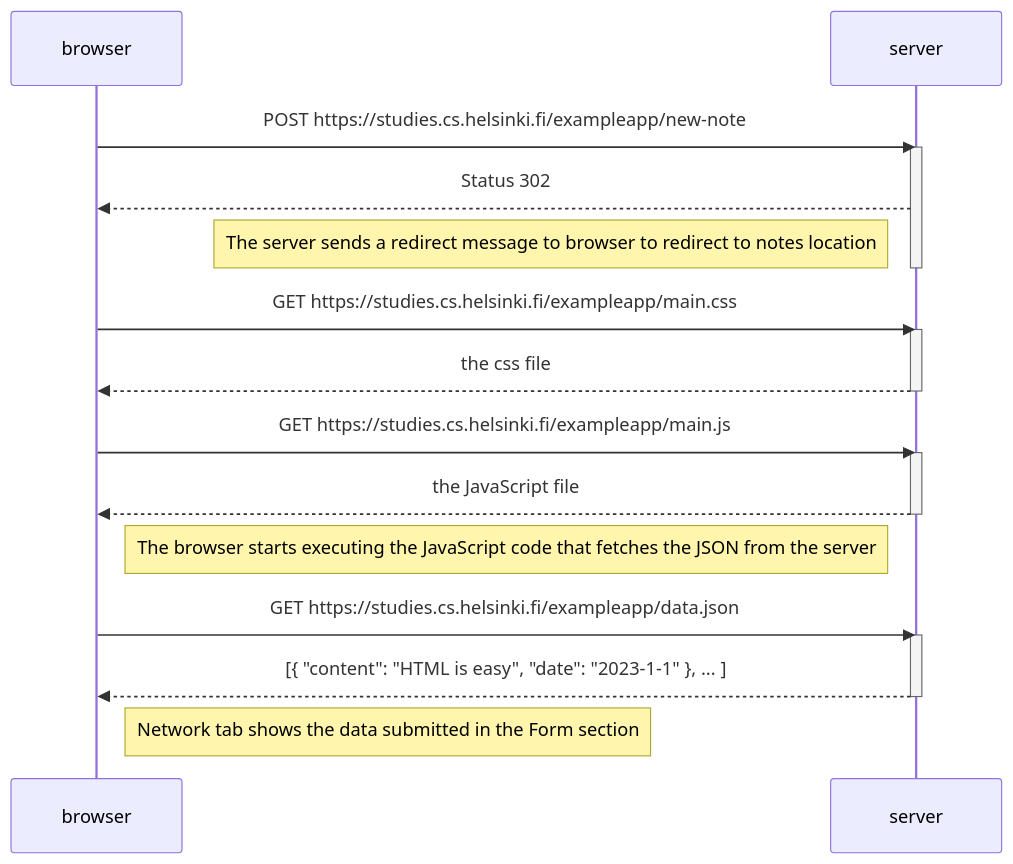
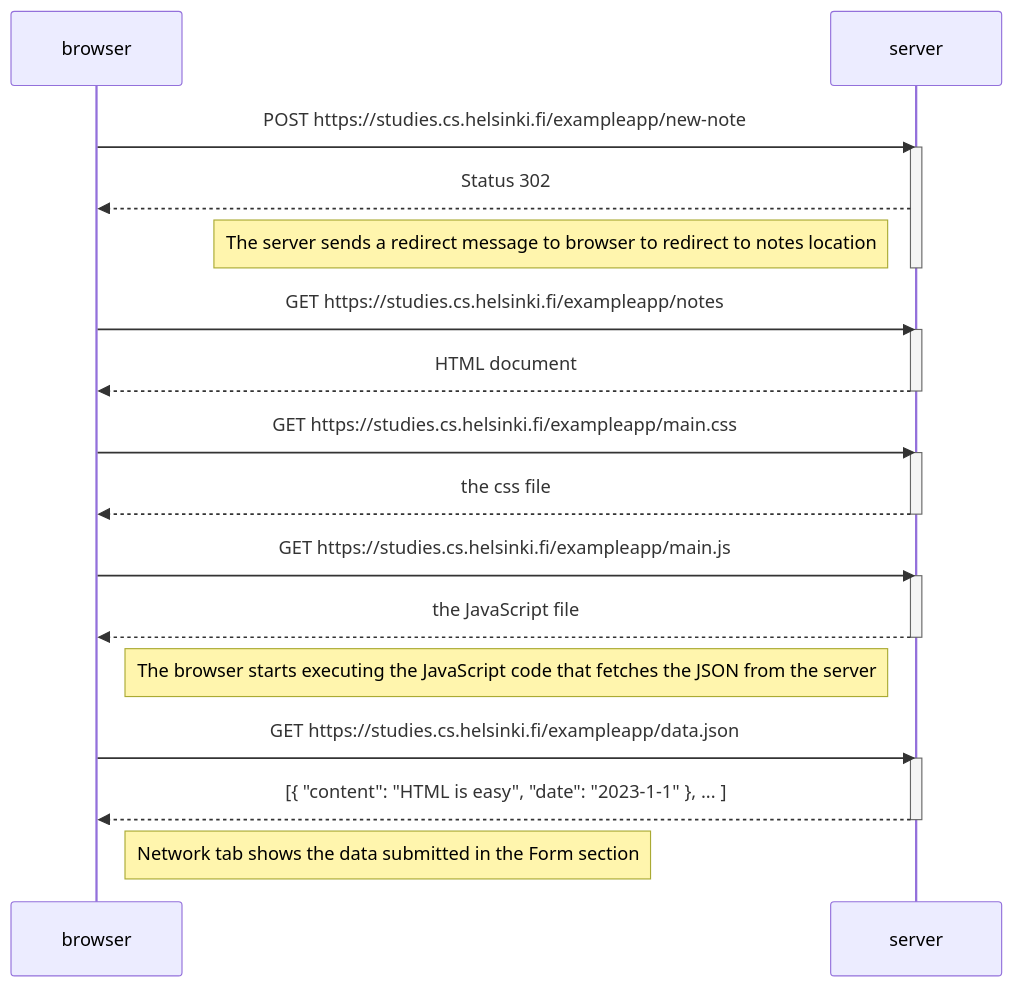
Before and after one commit to Madster973/Fullstack: the diagram in part0/New-note-diagram.md, drawn with Mermaid.

````diff
--- a/part0/New-note-diagram.md
+++ b/part0/New-note-diagram.md
@@ -1,30 +1,35 @@
 ```mermaid
 sequenceDiagram
     participant browser
     participant server
 
     browser->>server: POST https://studies.cs.helsinki.fi/exampleapp/new-note
     activate server
     server-->>browser: Status 302
     Note left of server: The server sends a redirect message to browser to redirect to notes location
+    deactivate server
+
+    browser->>server: GET https://studies.cs.helsinki.fi/exampleapp/notes
+    activate server
+    server-->>browser: HTML document
     deactivate server
 
     browser->>server: GET https://studies.cs.helsinki.fi/exampleapp/main.css
     activate server
     server-->>browser: the css file
     deactivate server
 
     browser->>server: GET https://studies.cs.helsinki.fi/exampleapp/main.js
     activate server
     server-->>browser: the JavaScript file
     deactivate server
 
     Note right of browser: The browser starts executing the JavaScript code that fetches the JSON from the server
 
     browser->>server: GET https://studies.cs.helsinki.fi/exampleapp/data.json
     activate server
     server-->>browser: [{ "content": "HTML is easy", "date": "2023-1-1" }, ... ]
     deactivate server
 
     Note right of browser: Network tab shows the data submitted in the Form section
 ```
````
